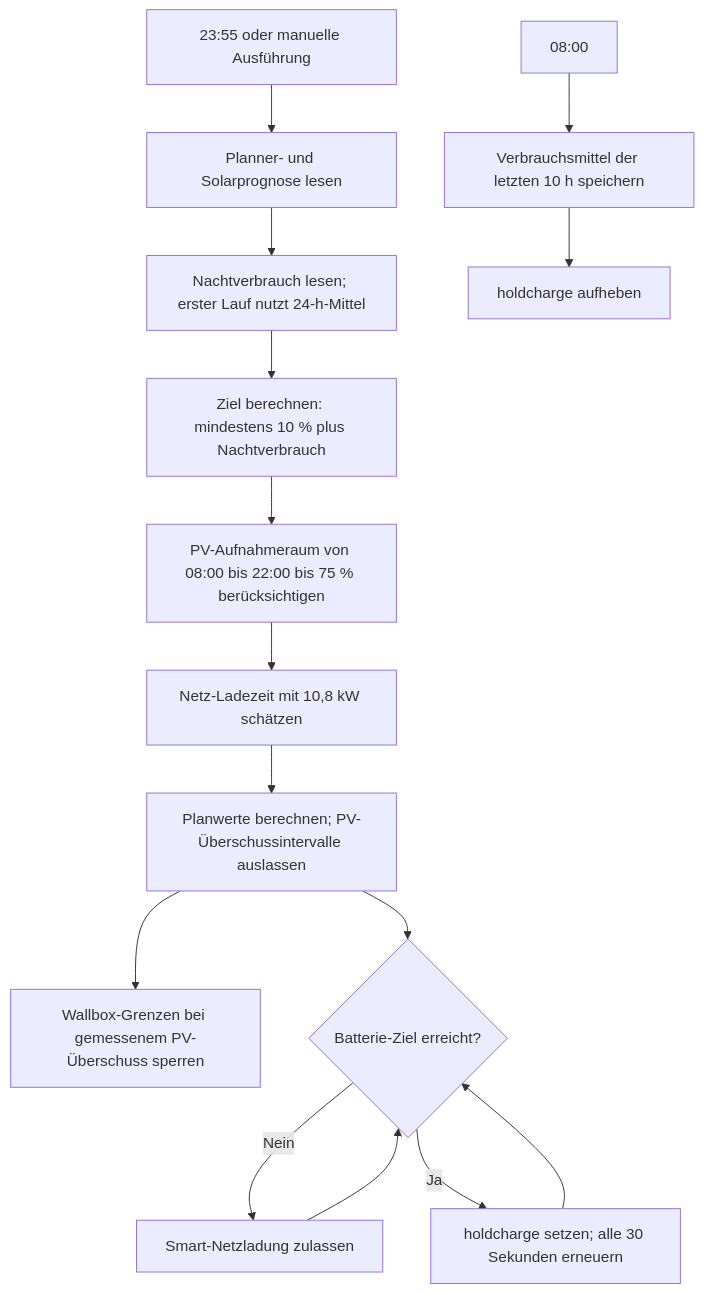
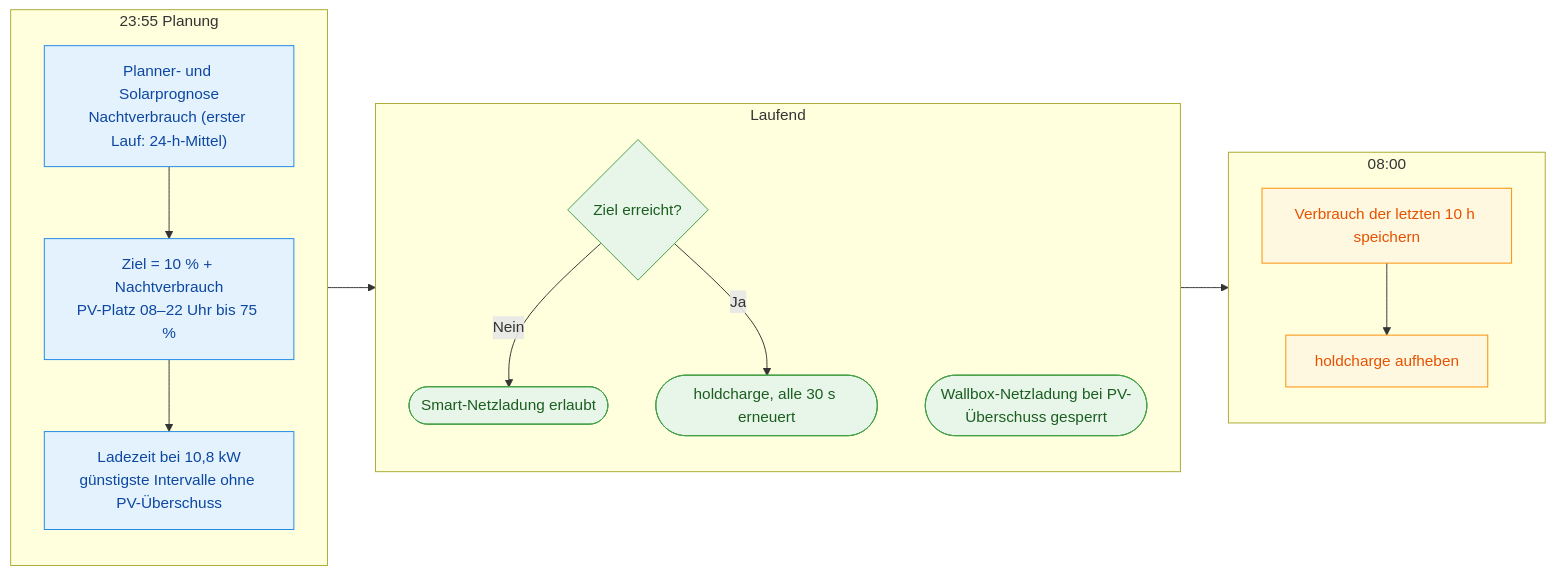
One commit to synb10se/docs changed the second of 2 diagrams in home-assistant/evcc/EVCC_PREISOPTIMIERUNG.md. Above: the diagram before and after it, drawn with Mermaid. The commit also changed other lines of this file and 1 other file, not shown here.

Commit message:
Preisspitzenoptimierung

````diff
--- a/home-assistant/evcc/EVCC_PREISOPTIMIERUNG.md
+++ b/home-assistant/evcc/EVCC_PREISOPTIMIERUNG.md
@@ -122,17 +126,26 @@
 ```mermaid
-flowchart TD
-	A[23:55 oder manuelle Ausführung] --> B[Planner- und Solarprognose lesen]
-	B --> C[Nachtverbrauch lesen; erster Lauf nutzt 24-h-Mittel]
-	C --> D[Ziel berechnen: mindestens 10 % plus Nachtverbrauch]
-	D --> E[PV-Aufnahmeraum von 08:00 bis 22:00 bis 75 % berücksichtigen]
-	E --> F[Netz-Ladezeit mit 10,8 kW schätzen]
-	F --> G[Planwerte berechnen; PV-Überschussintervalle auslassen]
-	G --> N[Wallbox-Grenzen bei gemessenem PV-Überschuss sperren]
-	G --> H{Batterie-Ziel erreicht?}
-	H -- Nein --> I[Smart-Netzladung zulassen]
-	H -- Ja --> J[holdcharge setzen; alle 30 Sekunden erneuern]
-	I --> H
-	J --> H
-	K[08:00] --> L[Verbrauchsmittel der letzten 10 h speichern]
-	L --> M[holdcharge aufheben]
+flowchart LR
+	subgraph P["23:55 Planung"]
+		direction TB
+		A["Planner- und Solarprognose<br/>Nachtverbrauch (erster Lauf: 24-h-Mittel)"] --> B["Ziel = 10 % + Nachtverbrauch<br/>PV-Platz 08–22 Uhr bis 75 %"]
+		B --> C["Ladezeit bei 10,8 kW<br/>günstigste Intervalle ohne PV-Überschuss"]
+	end
+	subgraph R["Laufend"]
+		direction TB
+		D{"Ziel erreicht?"}
+		D -- Nein --> E(["Smart-Netzladung erlaubt"])
+		D -- Ja --> F(["holdcharge, alle 30 s erneuert"])
+		G(["Wallbox-Netzladung bei PV-Überschuss gesperrt"])
+	end
+	subgraph M["08:00"]
+		direction TB
+		H["Verbrauch der letzten 10 h speichern"] --> I["holdcharge aufheben"]
+	end
+	P --> R --> M
+	classDef plan fill:#e3f2fd,stroke:#1e88e5,color:#0d47a1
+	classDef run fill:#e8f5e9,stroke:#43a047,color:#1b5e20
+	classDef morning fill:#fff8e1,stroke:#fb8c00,color:#e65100
+	class A,B,C plan
+	class D,E,F,G run
+	class H,I morning
 ```
````
